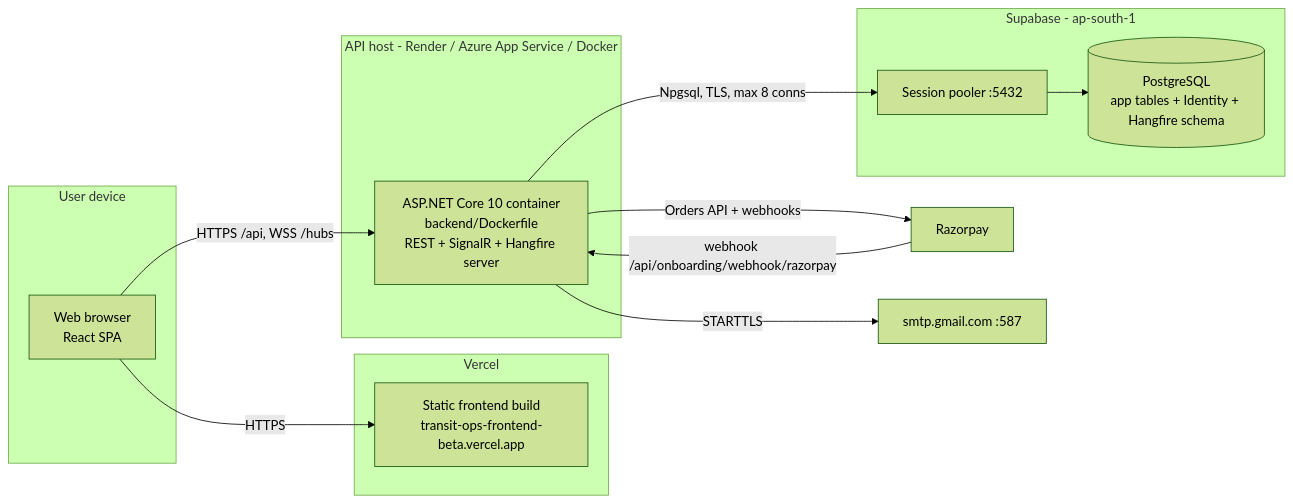
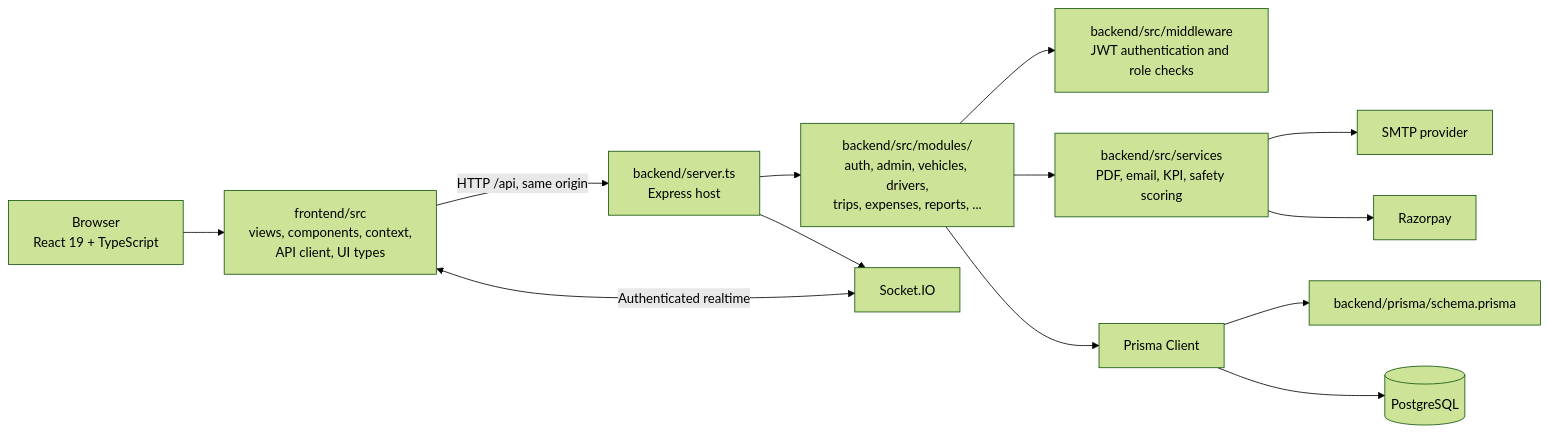
One commit to Bhavika-Giyanani/TransitOps changed the diagram in docs/uml/02-architecture.md. Above: the diagram before and after it, drawn with Mermaid (forest theme). The commit also changed other lines of this file and 106 other files, not shown here.

````diff
--- a/docs/uml/02-architecture.md
+++ b/docs/uml/02-architecture.md
@@ -73,29 +5,28 @@
 ```mermaid
 flowchart LR
-    subgraph CLIENT["User device"]
-        BROWSER["Web browser<br/>React SPA"]
-    end
+    Browser["Browser<br/>React 19 + TypeScript"]
+    FE["frontend/src<br/>views, components, context,<br/>API client, UI types"]
+    Host["backend/server.ts<br/>Express host"]
+    API["backend/src/modules/<br/>auth, admin, vehicles, drivers,<br/>trips, expenses, reports, ..."]
+    Middleware["backend/src/middleware<br/>JWT authentication and role checks"]
+    Services["backend/src/services<br/>PDF, email, KPI, safety scoring"]
+    Prisma["Prisma Client"]
+    Schema["backend/prisma/schema.prisma"]
+    DB[("PostgreSQL")]
+    SMTP["SMTP provider"]
+    Razorpay["Razorpay"]
+    Socket["Socket.IO"]
 
-    subgraph VERCEL["Vercel"]
-        STATIC["Static frontend build<br/>transit-ops-frontend-beta.vercel.app"]
-    end
-
-    subgraph HOST["API host - Render / Azure App Service / Docker"]
-        DOTNET["ASP.NET Core 10 container<br/>backend/Dockerfile<br/>REST + SignalR + Hangfire server"]
-    end
-
-    subgraph SUPA["Supabase - ap-south-1"]
-        PGDB[("PostgreSQL<br/>app tables + Identity + Hangfire schema")]
-        POOL["Session pooler :5432"]
-    end
-
-    RZP["Razorpay"]
-    GMAIL["smtp.gmail.com :587"]
-
-    BROWSER -- "HTTPS" --> STATIC
-    BROWSER -- "HTTPS /api, WSS /hubs" --> DOTNET
-    DOTNET -- "Npgsql, TLS, max 8 conns" --> POOL --> PGDB
-    DOTNET -- "Orders API + webhooks" --> RZP
-    RZP -- "webhook /api/onboarding/webhook/razorpay" --> DOTNET
-    DOTNET -- "STARTTLS" --> GMAIL
+    Browser --> FE
+    FE -->|"HTTP /api, same origin"| Host
+    FE <-->|"Authenticated realtime"| Socket
+    Host --> API
+    API --> Middleware
+    API --> Services
+    API --> Prisma
+    Prisma --> Schema
+    Prisma --> DB
+    Services --> SMTP
+    Services --> Razorpay
+    Host --> Socket
 ```
````
